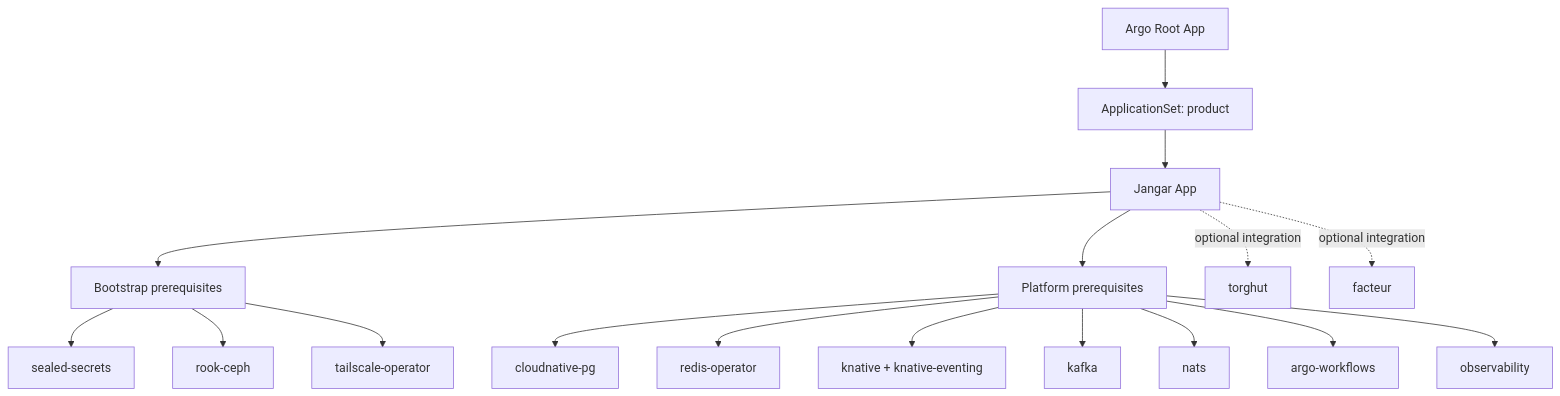
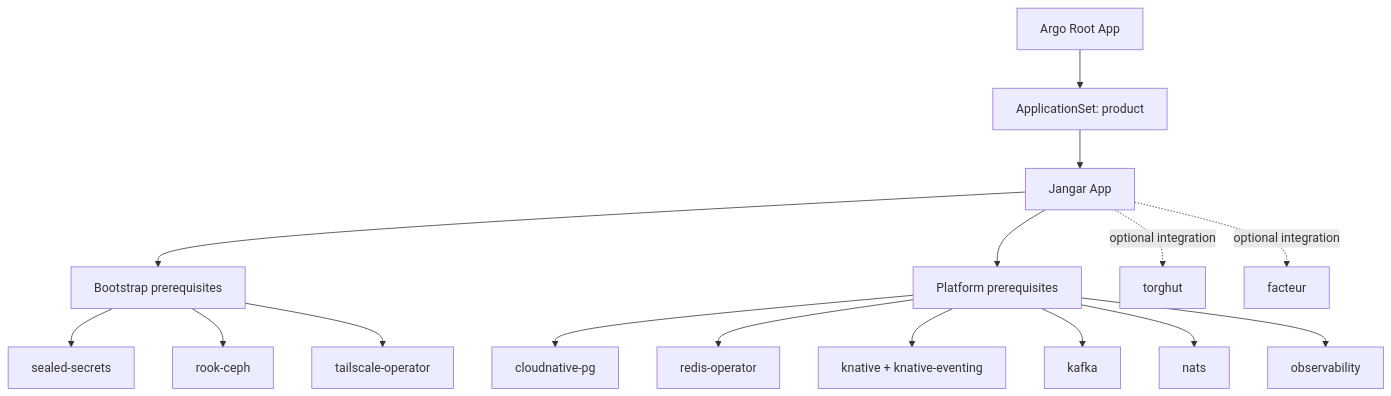
The first of 2 diagrams in docs/jangar/jangar-application-dependency-tree.md (proompteng/lab), drawn with Mermaid before and after one commit. The commit also changed other lines of this file and 33 other files, not shown here.

````diff
--- a/docs/jangar/jangar-application-dependency-tree.md
+++ b/docs/jangar/jangar-application-dependency-tree.md
@@ -7,22 +7,21 @@
 ```mermaid
 graph TD
   ROOT[Argo Root App] --> PRODUCT[ApplicationSet: product]
   PRODUCT --> JANGAR[Jangar App]
 
   JANGAR --> BOOTSTRAP[Bootstrap prerequisites]
   BOOTSTRAP --> SEALED[sealed-secrets]
   BOOTSTRAP --> CEPH[rook-ceph]
   BOOTSTRAP --> TAILSCALE[tailscale-operator]
 
   JANGAR --> PLATFORM[Platform prerequisites]
   PLATFORM --> CNPG[cloudnative-pg]
   PLATFORM --> REDISOP[redis-operator]
   PLATFORM --> KNATIVE[knative + knative-eventing]
   PLATFORM --> KAFKA[kafka]
   PLATFORM --> NATS[nats]
-  PLATFORM --> ARGO[argo-workflows]
   PLATFORM --> OBS[observability]
 
   JANGAR -. optional integration .-> TORGHUT[torghut]
   JANGAR -. optional integration .-> FACTEUR[facteur]
 ```
````
